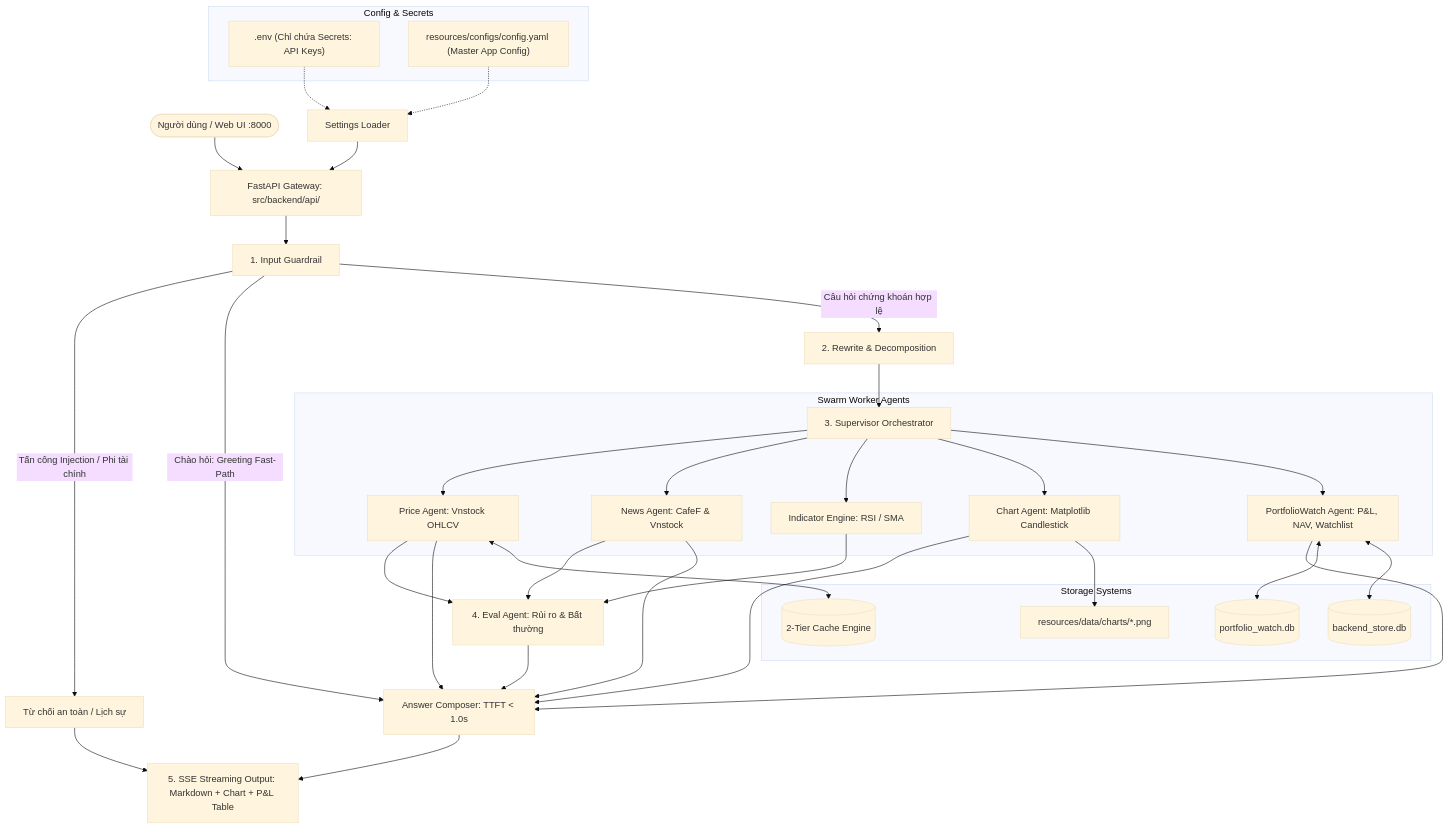
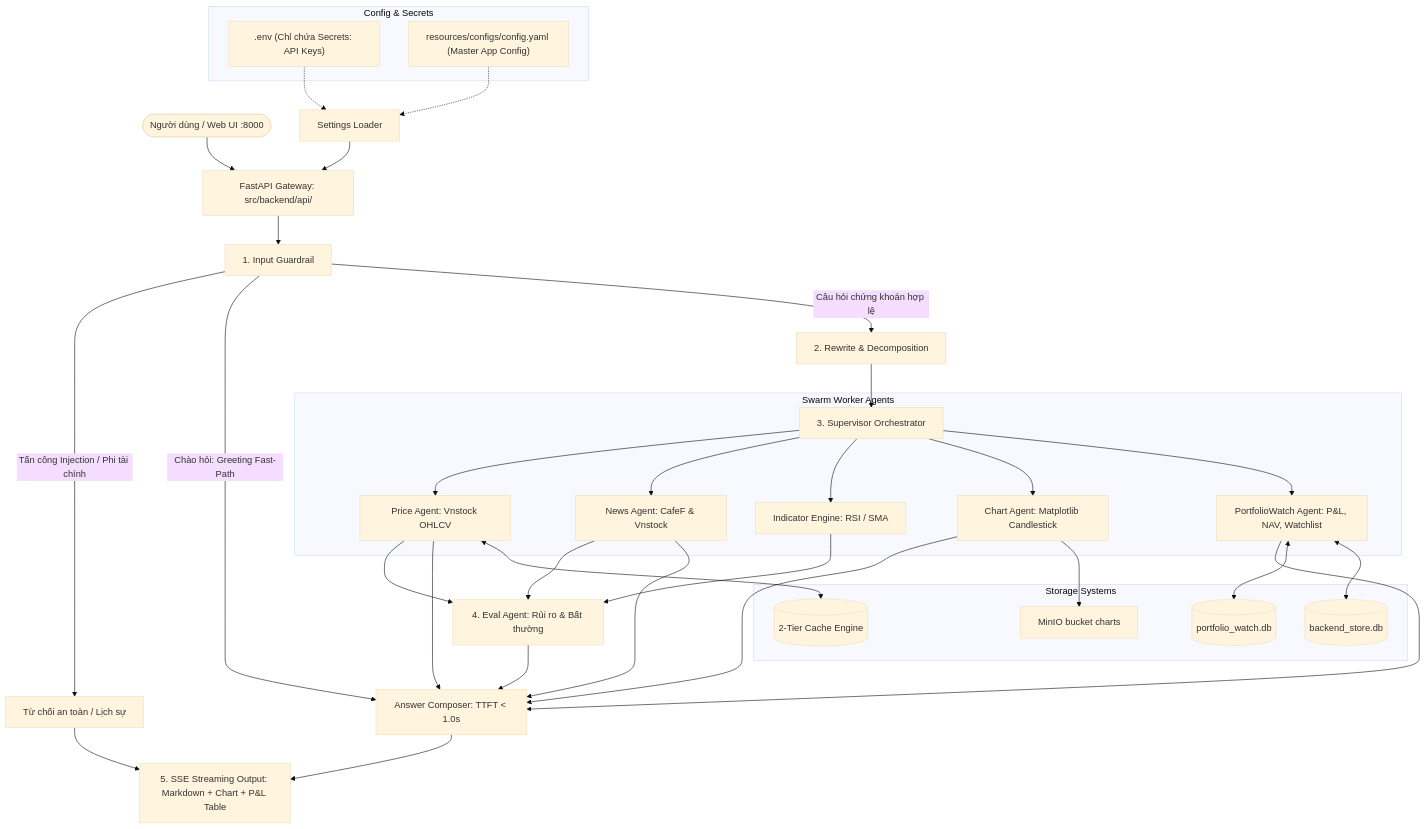
Before and after one commit to Anodis108/Agent_Stock: the diagram in README.md, drawn with Mermaid (base theme). The commit also changed other lines of this file and 66 other files, not shown here.

Commit message:
feat(backend): consolidate backend structure, add postgresql runtime support, and finalize dual-service architecture

````diff
--- a/README.md
+++ b/README.md
@@ -64,52 +90,52 @@
 ```mermaid
 graph TD
     User([Người dùng / Web UI :8000]) --> API[FastAPI Gateway: src/backend/api/]
     
     subgraph Config & Secrets
         Env[".env (Chỉ chứa Secrets: API Keys)"]
         Yaml["resources/configs/config.yaml (Master App Config)"]
     end
     Env -.-> Settings[Settings Loader]
     Yaml -.-> Settings
     Settings --> API
 
     API --> Guardrail[1. Input Guardrail]
     Guardrail -->|Tấn công Injection / Phi tài chính| Refusal[Từ chối an toàn / Lịch sự]
     Guardrail -->|Chào hỏi: Greeting Fast-Path| Composer[Answer Composer: TTFT < 1.0s]
     Guardrail -->|Câu hỏi chứng khoán hợp lệ| Rewrite[2. Rewrite & Decomposition]
 
     Rewrite --> Supervisor[3. Supervisor Orchestrator]
     
     subgraph Swarm Worker Agents
         Supervisor --> PriceAgent[Price Agent: Vnstock OHLCV]
         Supervisor --> NewsAgent[News Agent: CafeF & Vnstock]
         Supervisor --> IndicatorEngine[Indicator Engine: RSI / SMA]
         Supervisor --> ChartAgent[Chart Agent: Matplotlib Candlestick]
         Supervisor --> PWAgent[PortfolioWatch Agent: P&L, NAV, Watchlist]
     end
 
     PriceAgent --> EvalAgent[4. Eval Agent: Rủi ro & Bất thường]
     NewsAgent --> EvalAgent
     IndicatorEngine --> EvalAgent
 
     PriceAgent --> Composer
     NewsAgent --> Composer
     EvalAgent --> Composer
     ChartAgent --> Composer
     PWAgent --> Composer
 
     subgraph Storage Systems
         DB1[(portfolio_watch.db)]
         DB2[(backend_store.db)]
         Cache1[(2-Tier Cache Engine)]
-        ChartStore[resources/data/charts/*.png]
+        ChartStore[MinIO bucket charts]
     end
 
     PWAgent <--> DB1
     PWAgent <--> DB2
     PriceAgent <--> Cache1
     ChartAgent --> ChartStore
 
     Composer --> SSEStream[5. SSE Streaming Output: Markdown + Chart + P&L Table]
     Refusal --> SSEStream
 ```
````
